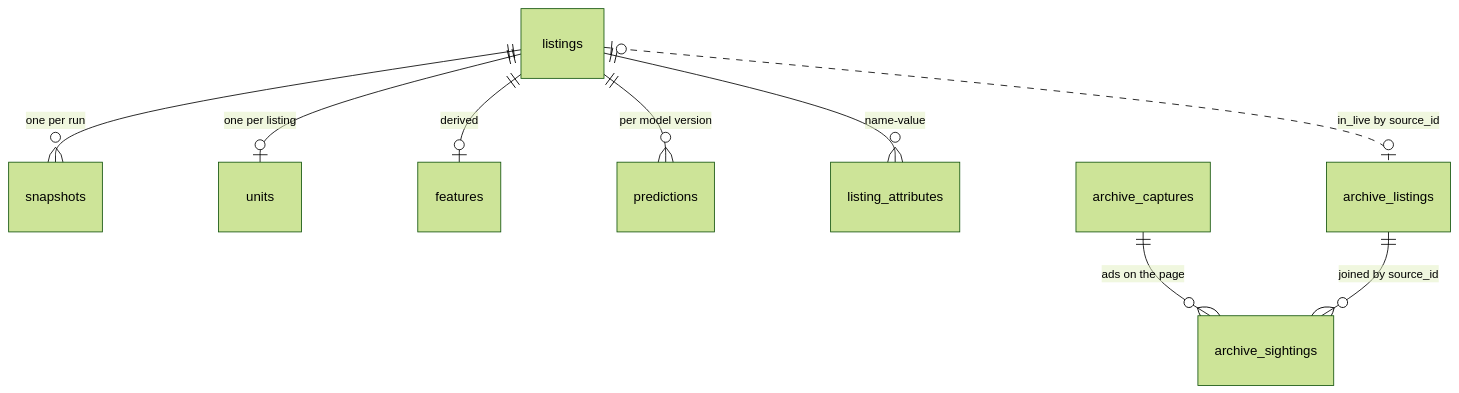
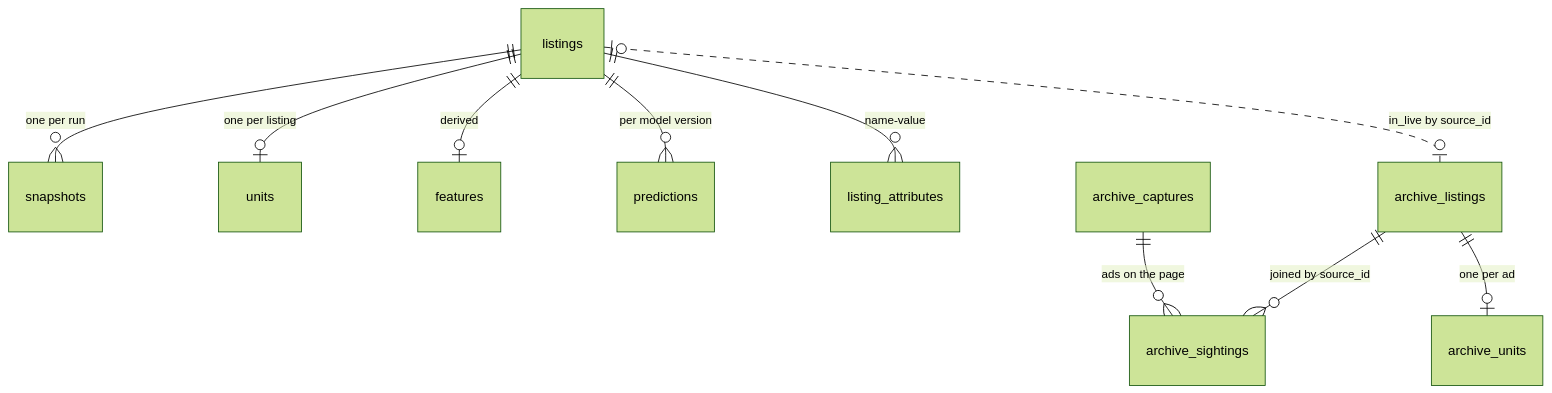
Before and after one commit to Quaden2307/student-housing-assistant: the second of 2 diagrams in docs/architecture.md, drawn with Mermaid (forest theme). The commit also changed other lines of this file and 5 other files, not shown here.

Commit message:
Archive training rows read archive_units and captured ad descriptions

````diff
--- a/docs/architecture.md
+++ b/docs/architecture.md
@@ -126,11 +132,12 @@
 ```mermaid
 erDiagram
     listings ||--o{ snapshots : "one per run"
     listings ||--o| units : "one per listing"
     listings ||--o| features : "derived"
     listings ||--o{ predictions : "per model version"
     listings ||--o{ listing_attributes : "name-value"
     archive_captures ||--o{ archive_sightings : "ads on the page"
     archive_listings ||--o{ archive_sightings : "joined by source_id"
+    archive_listings ||--o| archive_units : "one per ad"
     listings |o..o| archive_listings : "in_live by source_id"
 ```
````
